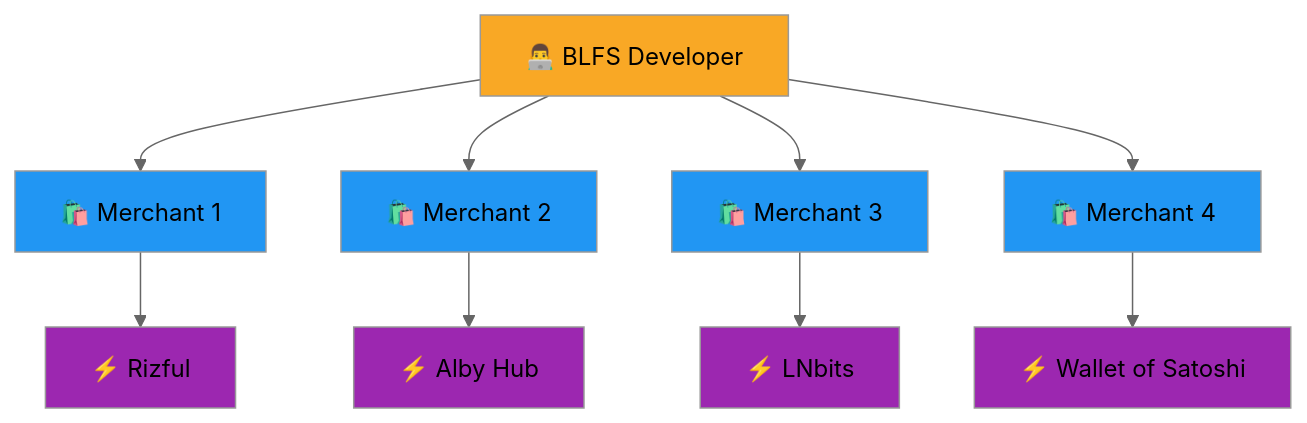
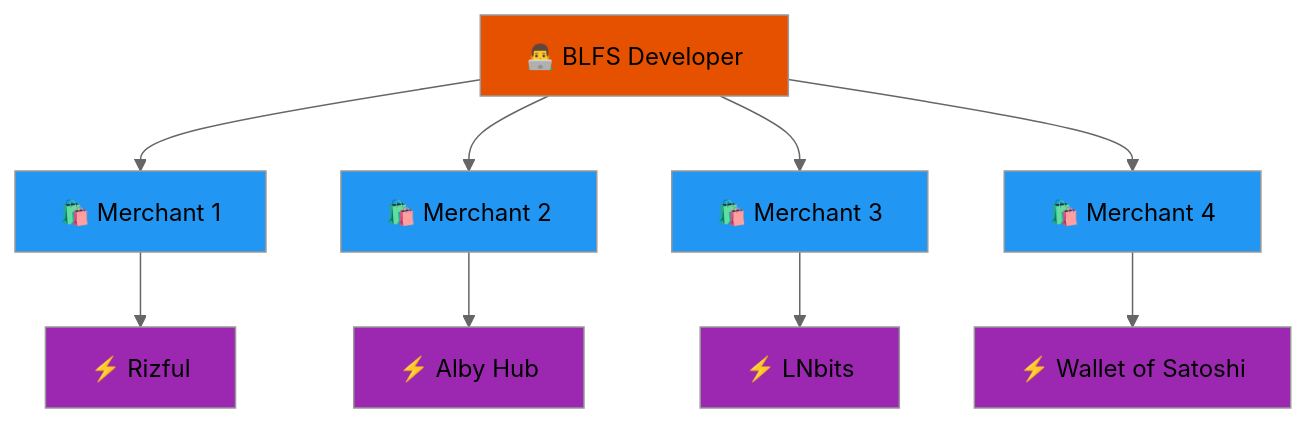
One commit to MegalithicBTC/BLFS changed the second of 3 diagrams in readme.md. Above: the diagram before and after it, drawn with Mermaid (neutral theme). The commit also changed other lines of this file, not shown here.

````diff
--- a/readme.md
+++ b/readme.md
@@ -38,22 +38,22 @@
 ```mermaid
 graph TD
   Dev["👨‍💻 BLFS Developer"] --> M1["🛍️ Merchant 1"]
   Dev --> M2["🛍️ Merchant 2"]
   Dev --> M3["🛍️ Merchant 3"]
   Dev --> M4["🛍️ Merchant 4"]
 
   M1 --> NWC1["⚡ Rizful"]
   M2 --> NWC2["⚡ Alby Hub"]
   M3 --> NWC3["⚡ LNbits"]
   M4 --> NWC4["⚡ Wallet of Satoshi"]
   
-  style Dev fill:#f9a825
+  style Dev fill:#e65100
   style M1 fill:#2196f3
   style M2 fill:#2196f3
   style M3 fill:#2196f3
   style M4 fill:#2196f3
   style NWC1 fill:#9c27b0
   style NWC2 fill:#9c27b0
   style NWC3 fill:#9c27b0
   style NWC4 fill:#9c27b0
 ```
````
